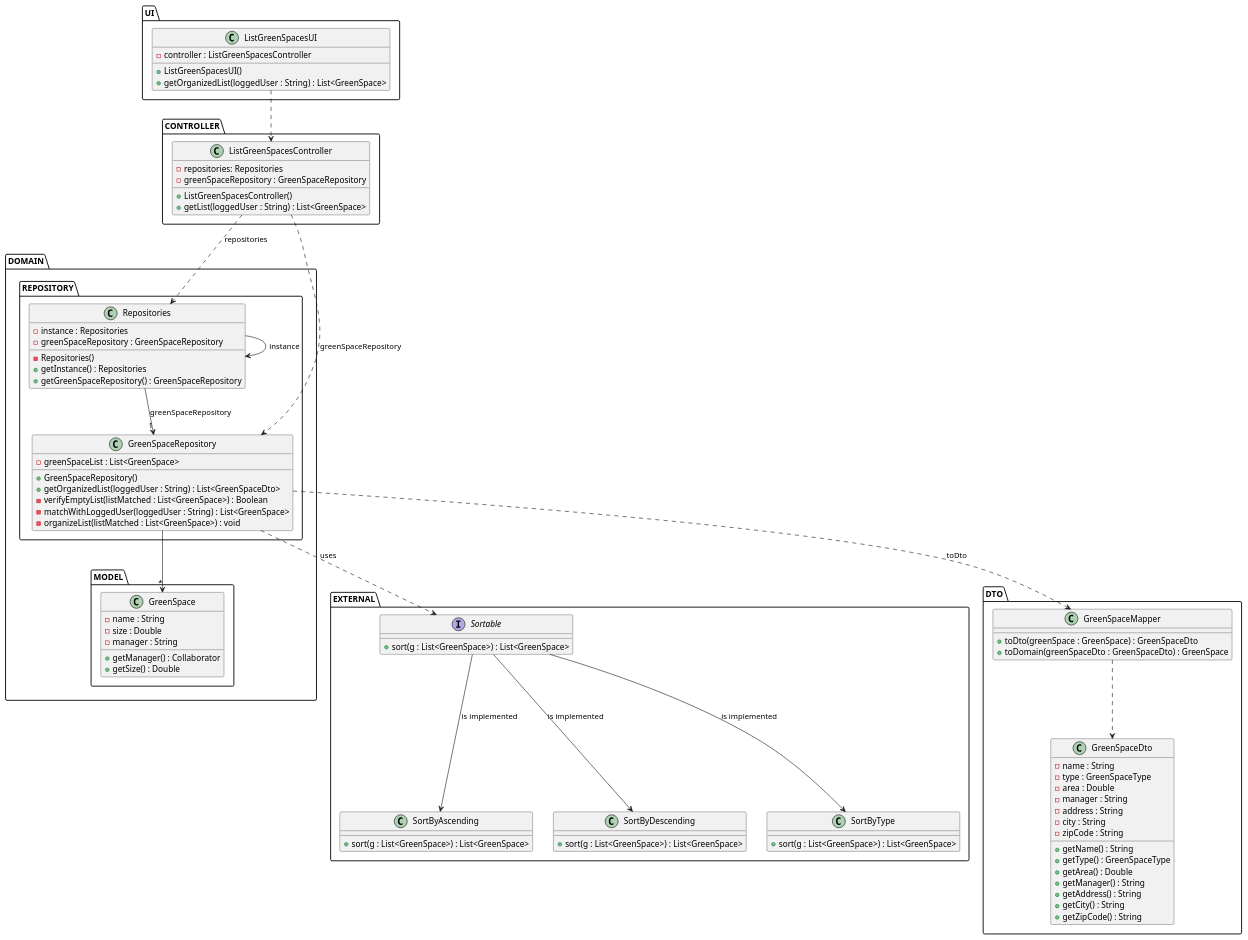
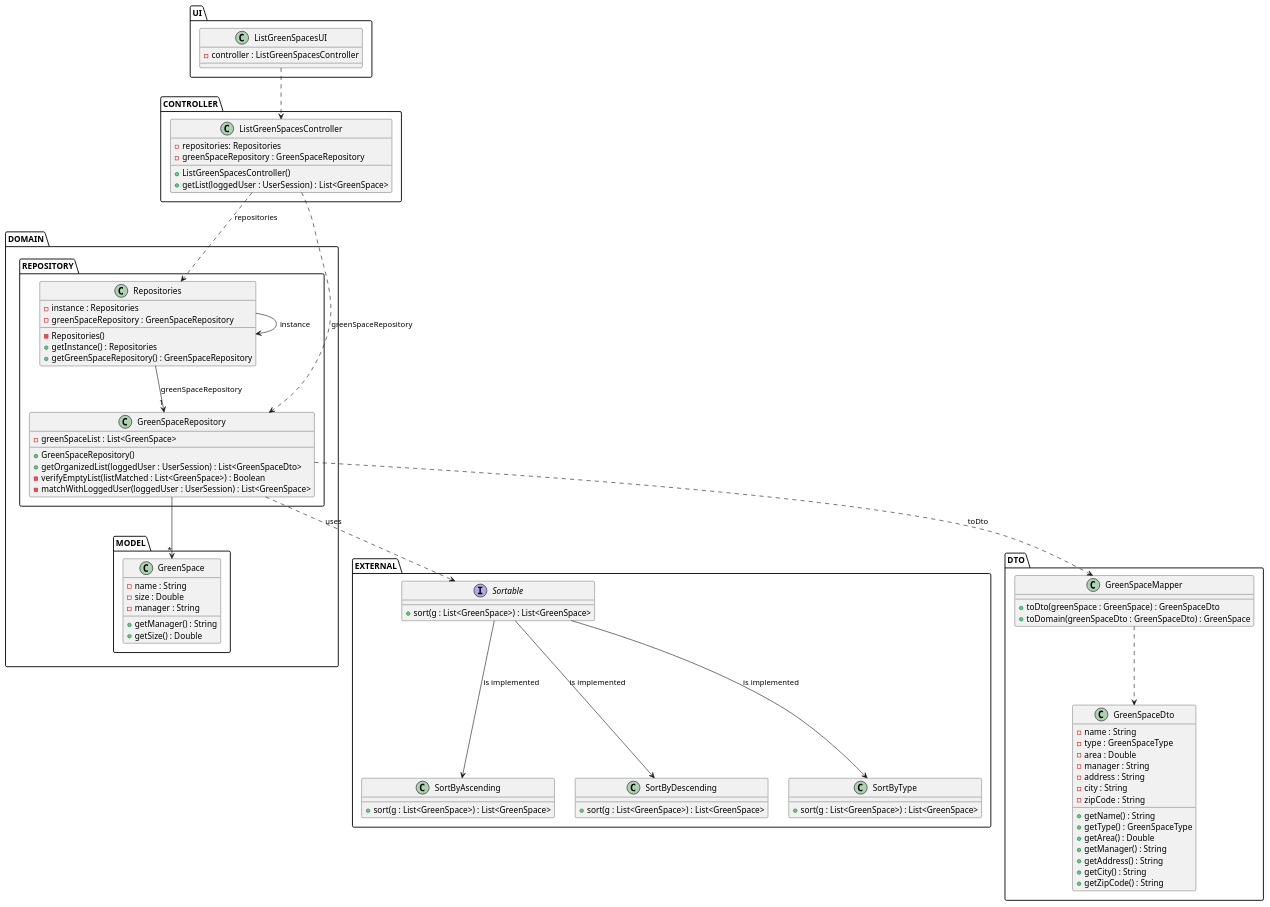
One commit to ricardomm7/leaflink changed the diagram in docs/sprintC/us027/03.design/puml/us027-class-diagram.puml. Above: the diagram before and after it, drawn with PlantUML. The commit also changed 21 other files, not shown here.

```diff
--- a/docs/sprintC/us027/03.design/puml/us027-class-diagram.puml
+++ b/docs/sprintC/us027/03.design/puml/us027-class-diagram.puml
@@ -1,104 +1,101 @@
 @startuml
 skinparam shadowing false
 skinparam line type polyline
 
 'left to right direction
 package UI{
     class ListGreenSpacesUI {
         - controller : ListGreenSpacesController
-        + ListGreenSpacesUI()
-        + getOrganizedList(loggedUser : String) : List<GreenSpace>
-    }
+            }
 }
 package CONTROLLER {
     class ListGreenSpacesController {
         - repositories: Repositories
         - greenSpaceRepository : GreenSpaceRepository
 
         + ListGreenSpacesController()
-        +getList(loggedUser : String) : List<GreenSpace>
+        +getList(loggedUser : UserSession) : List<GreenSpace>
     }
 }
 package DOMAIN{
 package REPOSITORY{
     class Repositories {
         - instance : Repositories
         - greenSpaceRepository : GreenSpaceRepository
         - Repositories()
         + getInstance() : Repositories
         + getGreenSpaceRepository() : GreenSpaceRepository
     }
 
     class GreenSpaceRepository {
         - greenSpaceList : List<GreenSpace>
         + GreenSpaceRepository()
-        + getOrganizedList(loggedUser : String) : List<GreenSpaceDto>
+        + getOrganizedList(loggedUser : UserSession) : List<GreenSpaceDto>
         - verifyEmptyList(listMatched : List<GreenSpace>) : Boolean
-        - matchWithLoggedUser(loggedUser : String) : List<GreenSpace>
-        - organizeList(listMatched : List<GreenSpace>) : void
+        - matchWithLoggedUser(loggedUser : UserSession) : List<GreenSpace>
     }
     }
 package MODEL{
     class GreenSpace {
         - name : String
         - size : Double
         - manager : String
-        + getManager() : Collaborator
+        + getManager() : String
         + getSize() : Double
     }
     }
     }
     package EXTERNAL{
     interface Sortable{
     +sort(g : List<GreenSpace>) : List<GreenSpace>
     }
     class SortByAscending{
     +sort(g : List<GreenSpace>) : List<GreenSpace>
     }
     class SortByDescending{
         +sort(g : List<GreenSpace>) : List<GreenSpace>
     }
     class SortByType{
         +sort(g : List<GreenSpace>) : List<GreenSpace>
     }
 }
 package DTO{
            class GreenSpaceDto{
                 - name : String
                 - type : GreenSpaceType
                 - area : Double
                 - manager : String
                 - address : String
                 - city : String
                 - zipCode : String
                 + getName() : String
                 + getType() : GreenSpaceType
                 + getArea() : Double
                 + getManager() : String
                 + getAddress() : String
                 + getCity() : String
                 + getZipCode() : String
             }
 
             class GreenSpaceMapper{
                 +toDto(greenSpace : GreenSpace) : GreenSpaceDto
                 +toDomain(greenSpaceDto : GreenSpaceDto) : GreenSpace
             }
         }
 
 
 ListGreenSpacesUI ..> ListGreenSpacesController
 ListGreenSpacesController ..> Repositories: repositories
 Repositories --> Repositories: instance
 ListGreenSpacesController ..> GreenSpaceRepository: greenSpaceRepository
 Repositories --> "1"GreenSpaceRepository: greenSpaceRepository
 GreenSpaceRepository -->"*" GreenSpace
 GreenSpaceRepository ..> GreenSpaceMapper : toDto
 GreenSpaceMapper ..> GreenSpaceDto
 GreenSpaceRepository ..> Sortable : uses
 Sortable --> SortByAscending : is implemented
 Sortable --> SortByDescending : is implemented
 Sortable --> SortByType : is implemented
 
 
 @enduml
```
